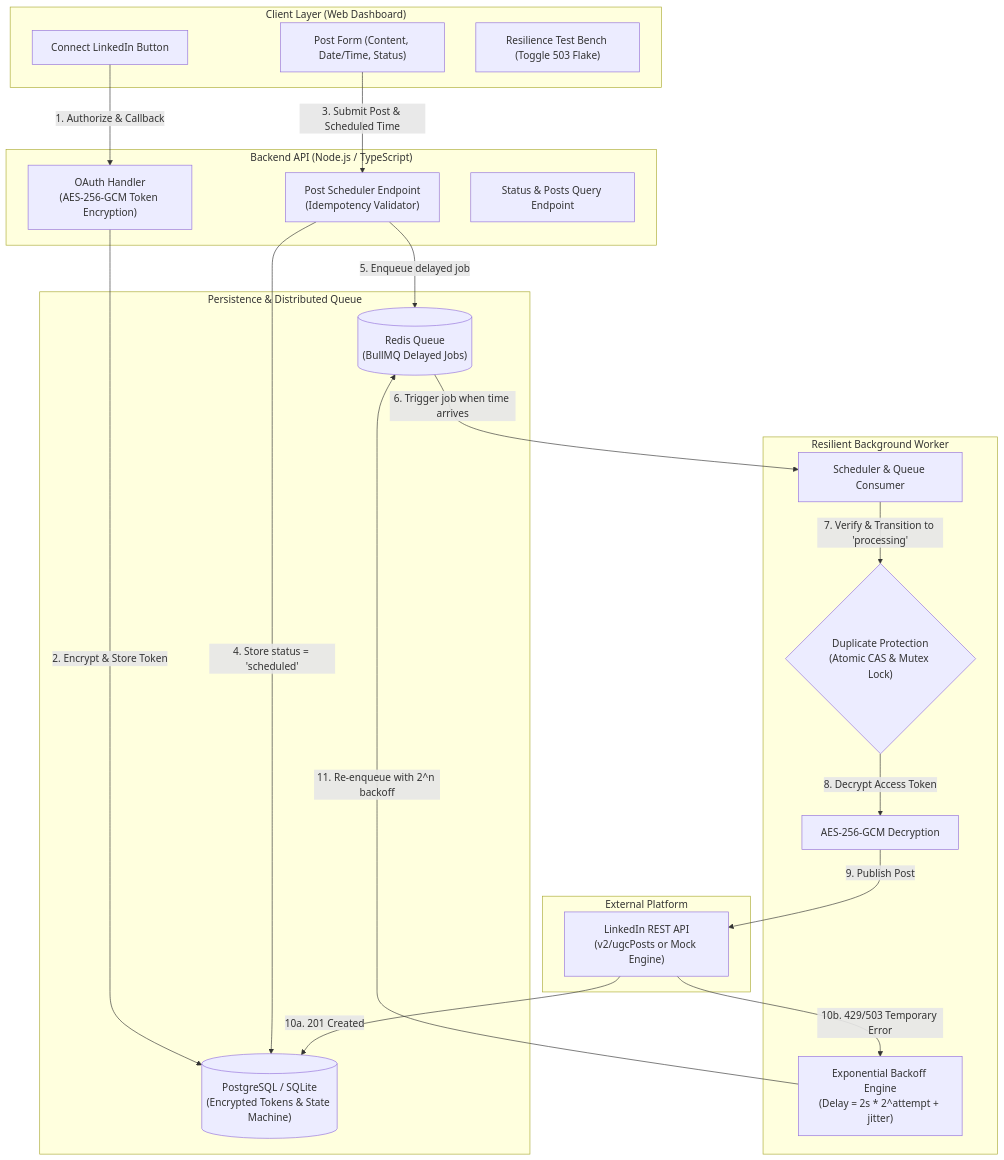
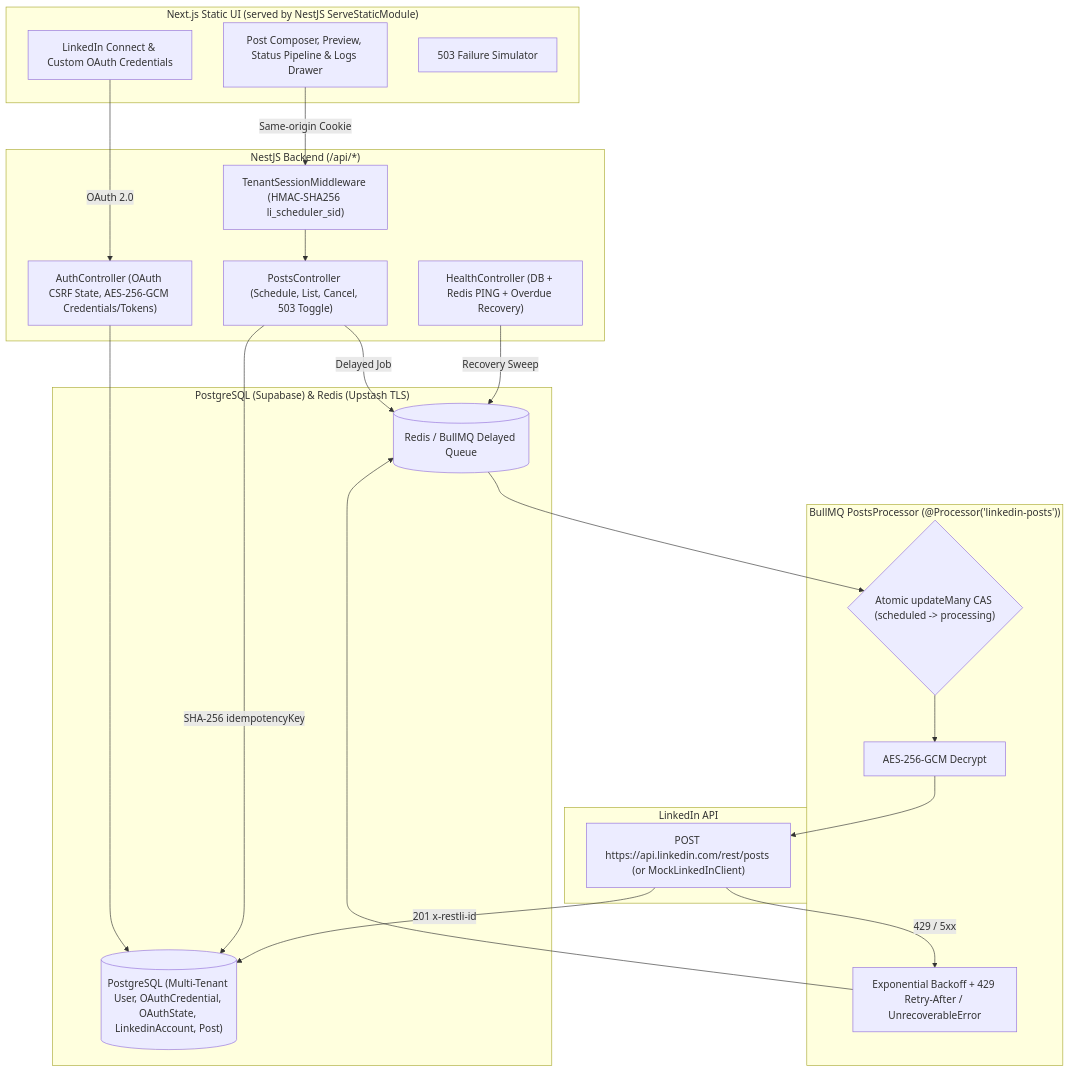
Before and after one commit to lucifer-kj/linkedin-scheduler: the diagram in README.md, drawn with Mermaid. The commit also changed other lines of this file and 92 other files, not shown here.

Commit message:
feat: migrate to NestJS, BullMQ, PostgreSQL multi-tenant, Next.js static UI, deployment debugger, and Render config

````diff
--- a/README.md
+++ b/README.md
@@ -11,43 +9,44 @@
 ```mermaid
 flowchart TD
-    subgraph Client ["Client Layer (Web Dashboard)"]
-        UI["Post Form (Content, Date/Time, Status)"]
-        OAuthBtn["Connect LinkedIn Button"]
-        TestBench["Resilience Test Bench (Toggle 503 Flake)"]
+    subgraph Client ["Next.js Static UI (served by NestJS ServeStaticModule)"]
+        UI["Post Composer, Preview, Status Pipeline & Logs Drawer"]
+        OAuthUI["LinkedIn Connect & Custom OAuth Credentials"]
+        TestBench["503 Failure Simulator"]
     end
 
-    subgraph API ["Backend API (Node.js / TypeScript)"]
-        AuthHandler["OAuth Handler<br/>(AES-256-GCM Token Encryption)"]
-        PostHandler["Post Scheduler Endpoint<br/>(Idempotency Validator)"]
-        QueryHandler["Status & Posts Query Endpoint"]
+    subgraph API ["NestJS Backend (/api/*)"]
+        TenantMW["TenantSessionMiddleware (HMAC-SHA256 li_scheduler_sid)"]
+        AuthCtrl["AuthController (OAuth CSRF State, AES-256-GCM Credentials/Tokens)"]
+        PostsCtrl["PostsController (Schedule, List, Cancel, 503 Toggle)"]
+        HealthCtrl["HealthController (DB + Redis PING + Overdue Recovery)"]
     end
 
-    subgraph Persistence ["Persistence & Distributed Queue"]
-        DB[("PostgreSQL / SQLite<br/>(Encrypted Tokens & State Machine)")]
-        RedisQueue[("Redis Queue<br/>(BullMQ Delayed Jobs)")]
+    subgraph Storage ["PostgreSQL (Supabase) & Redis (Upstash TLS)"]
+        DB[("PostgreSQL (Multi-Tenant User, OAuthCredential, OAuthState, LinkedinAccount, Post)")]
+        Redis[("Redis / BullMQ Delayed Queue")]
     end
 
-    subgraph WorkerLayer ["Resilient Background Worker"]
-        JobConsumer["Scheduler & Queue Consumer"]
-        DedupeGuard{"Duplicate Protection<br/>(Atomic CAS & Mutex Lock)"}
-        DecryptEngine["AES-256-GCM Decryption"]
-        RetryEngine["Exponential Backoff Engine<br/>(Delay = 2s * 2^attempt + jitter)"]
+    subgraph Worker ["BullMQ PostsProcessor (@Processor('linkedin-posts'))"]
+        CAS{"Atomic updateMany CAS (scheduled -> processing)"}
+        Decrypt["AES-256-GCM Decrypt"]
+        Backoff["Exponential Backoff + 429 Retry-After / UnrecoverableError"]
     end
 
-    subgraph External ["External Platform"]
-        LinkedInAPI["LinkedIn REST API<br/>(v2/ugcPosts or Mock Engine)"]
+    subgraph LinkedIn ["LinkedIn API"]
+        RestPosts["POST https://api.linkedin.com/rest/posts (or MockLinkedInClient)"]
     end
 
-    OAuthBtn -->|1. Authorize & Callback| AuthHandler
-    AuthHandler -->|2. Encrypt & Store Token| DB
-    UI -->|3. Submit Post & Scheduled Time| PostHandler
-    PostHandler -->|4. Store status = 'scheduled'| DB
-    PostHandler -->|5. Enqueue delayed job| RedisQueue
-    RedisQueue -->|6. Trigger job when time arrives| JobConsumer
-    JobConsumer -->|7. Verify & Transition to 'processing'| DedupeGuard
-    DedupeGuard -->|8. Decrypt Access Token| DecryptEngine
-    DecryptEngine -->|9. Publish Post| LinkedInAPI
-    LinkedInAPI -->|10a. 201 Created| DB
-    LinkedInAPI -->|10b. 429/503 Temporary Error| RetryEngine
-    RetryEngine -->|11. Re-enqueue with 2^n backoff| RedisQueue
+    UI -->|Same-origin Cookie| TenantMW
+    OAuthUI -->|OAuth 2.0| AuthCtrl
+    TenantMW --> PostsCtrl
+    AuthCtrl --> DB
+    PostsCtrl -->|SHA-256 idempotencyKey| DB
+    PostsCtrl -->|Delayed Job| Redis
+    Redis --> CAS
+    CAS --> Decrypt
+    Decrypt --> RestPosts
+    RestPosts -->|201 x-restli-id| DB
+    RestPosts -->|429 / 5xx| Backoff
+    Backoff --> Redis
+    HealthCtrl -->|Recovery Sweep| Redis
 ```
````
